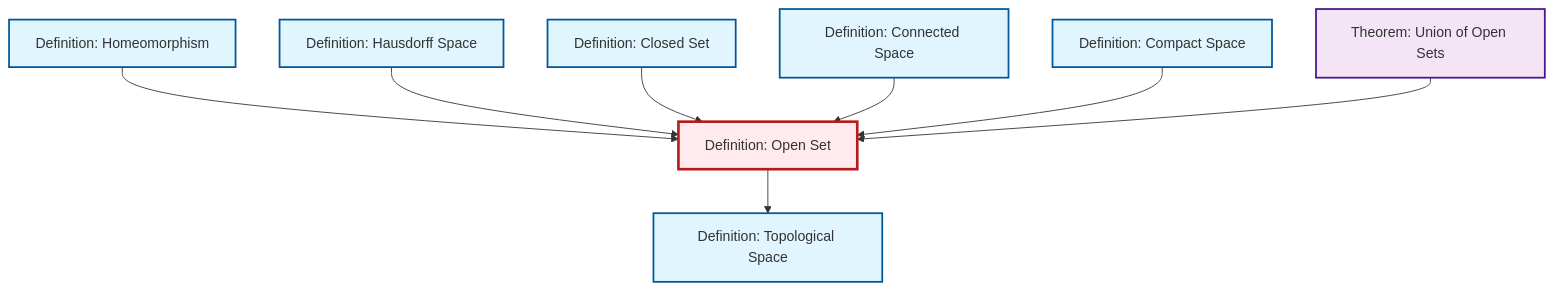
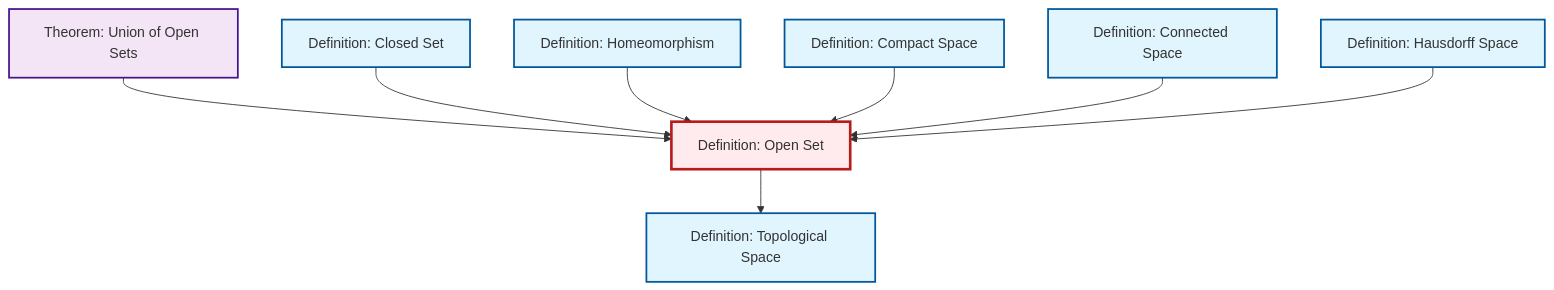
One commit to RK0429/ModernMath changed the diagram in content/ja/topology/def-open-set.qmd. Above: the diagram before and after it, drawn with Mermaid. The commit also changed other lines of this file and 491 other files, not shown here.

````diff
--- a/content/ja/topology/def-open-set.qmd
+++ b/content/ja/topology/def-open-set.qmd
@@ -54,32 +54,32 @@
 ```{mermaid}
 %%| fig-cap: "Local dependency graph"
 graph TD
     classDef definition fill:#e1f5fe,stroke:#01579b,stroke-width:2px
     classDef theorem fill:#f3e5f5,stroke:#4a148c,stroke-width:2px
     classDef axiom fill:#fff3e0,stroke:#e65100,stroke-width:2px
     classDef example fill:#e8f5e9,stroke:#1b5e20,stroke-width:2px
     classDef current fill:#ffebee,stroke:#b71c1c,stroke-width:3px
+    def-hausdorff["Definition: Hausdorff Space"]:::definition
     def-closed-set["Definition: Closed Set"]:::definition
-    def-hausdorff["Definition: Hausdorff Space"]:::definition
+    def-connected["Definition: Connected Space"]:::definition
+    def-topological-space["Definition: Topological Space"]:::definition
     def-open-set["Definition: Open Set"]:::definition
+    def-compact["Definition: Compact Space"]:::definition
     thm-union-open-sets["Theorem: Union of Open Sets"]:::theorem
-    def-compact["Definition: Compact Space"]:::definition
-    def-connected["Definition: Connected Space"]:::definition
     def-homeomorphism["Definition: Homeomorphism"]:::definition
-    def-topological-space["Definition: Topological Space"]:::definition
+    def-open-set --> def-topological-space
+    thm-union-open-sets --> def-open-set
+    def-closed-set --> def-open-set
     def-homeomorphism --> def-open-set
+    def-compact --> def-open-set
+    def-connected --> def-open-set
     def-hausdorff --> def-open-set
-    def-closed-set --> def-open-set
-    def-open-set --> def-topological-space
-    def-connected --> def-open-set
-    def-compact --> def-open-set
-    thm-union-open-sets --> def-open-set
     class def-open-set current
+    click def-hausdorff "def-hausdorff.html" "Definition: Hausdorff Spaceへ"
     click def-closed-set "def-closed-set.html" "Definition: Closed Setへ"
-    click def-hausdorff "def-hausdorff.html" "Definition: Hausdorff Spaceへ"
+    click def-connected "def-connected.html" "Definition: Connected Spaceへ"
+    click def-topological-space "def-topological-space.html" "Definition: Topological Spaceへ"
+    click def-compact "def-compact.html" "Definition: Compact Spaceへ"
     click thm-union-open-sets "thm-union-open-sets.html" "Theorem: Union of Open Setsへ"
-    click def-compact "def-compact.html" "Definition: Compact Spaceへ"
-    click def-connected "def-connected.html" "Definition: Connected Spaceへ"
     click def-homeomorphism "def-homeomorphism.html" "Definition: Homeomorphismへ"
-    click def-topological-space "def-topological-space.html" "Definition: Topological Spaceへ"
 ```
````
